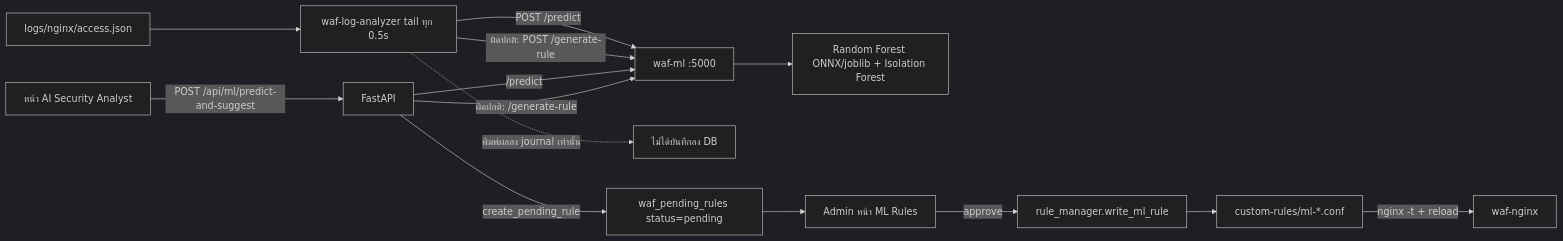
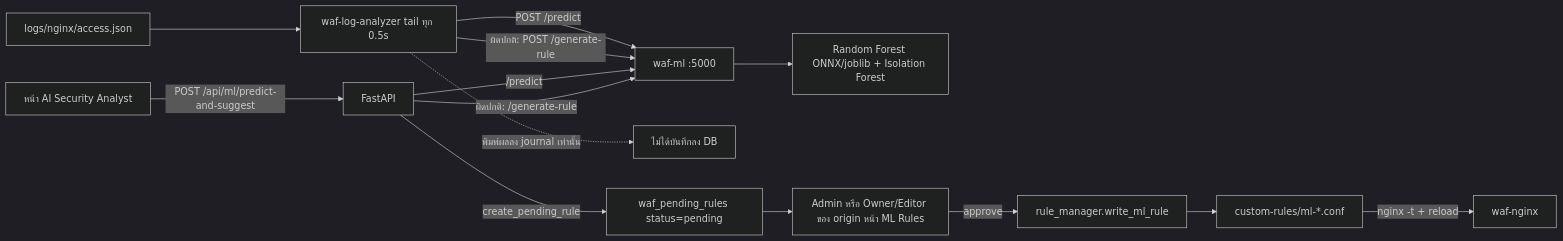
Before and after one commit to jakkaret/waf-cdn-platform: the first of 2 diagrams in docs/backend/16-ml.md, drawn with Mermaid (dark theme). The commit also changed other lines of this file and 31 other files, not shown here.

````diff
--- a/docs/backend/16-ml.md
+++ b/docs/backend/16-ml.md
@@ -43,16 +43,16 @@
 ```mermaid
 flowchart LR
   log["logs/nginx/access.json"] --> an["waf-log-analyzer tail ทุก 0.5s"]
   an -->|POST /predict| ml["waf-ml :5000"]
   an -->|ผิดปกติ: POST /generate-rule| ml
   an -.->|พิมพ์ผลลง journal เท่านั้น| out["ไม่ได้บันทึกลง DB"]
   ui["หน้า AI Security Analyst"] -->|POST /api/ml/predict-and-suggest| be["FastAPI"]
   be -->|/predict| ml
   ml --> rf["Random Forest ONNX/joblib + Isolation Forest"]
   be -->|ผิดปกติ: /generate-rule| ml
   be -->|create_pending_rule| pend["waf_pending_rules status=pending"]
-  admin["Admin หน้า ML Rules"] -->|approve| apply["rule_manager.write_ml_rule"]
+  admin["Admin หรือ Owner/Editor ของ origin หน้า ML Rules"] -->|approve| apply["rule_manager.write_ml_rule"]
   pend --> admin
   apply --> conf["custom-rules/ml-*.conf"]
   conf -->|nginx -t + reload| waf["waf-nginx"]
 ```
````
